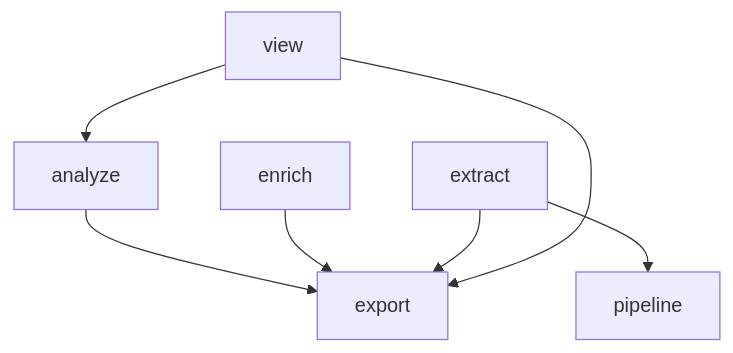
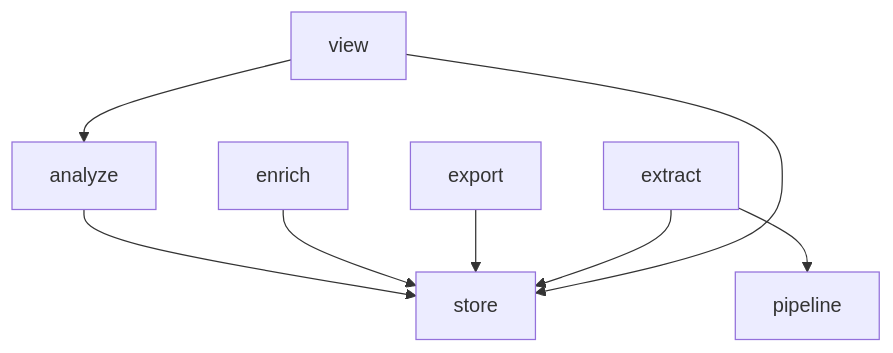
One commit to nathanielobrown/hyphae changed the diagram in docs/layering.md. Above: the diagram before and after it, drawn with Mermaid. The commit also changed 44 other files, not shown here.

First line of the commit message:
🧹 Move the DuckDB writer and schema into a new `store` package

````diff
--- a/docs/layering.md
+++ b/docs/layering.md
@@ -16,9 +16,10 @@
 ```mermaid
 graph TD
-  analyze --> export
-  enrich --> export
-  extract --> export
+  analyze --> store
+  enrich --> store
+  export --> store
   extract --> pipeline
+  extract --> store
   view --> analyze
-  view --> export
+  view --> store
 ```
````
